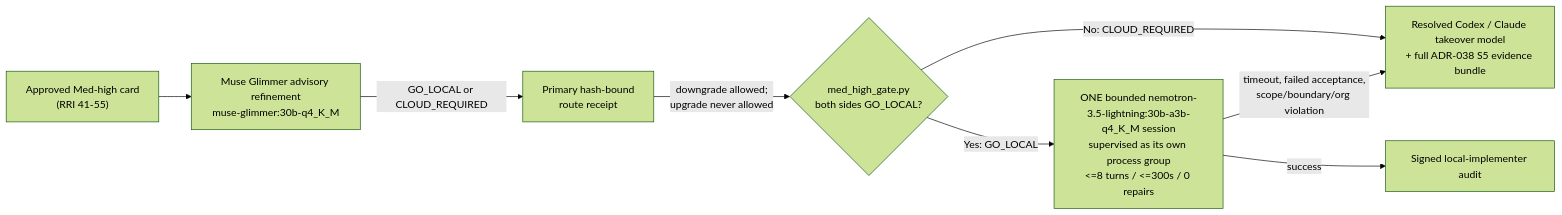
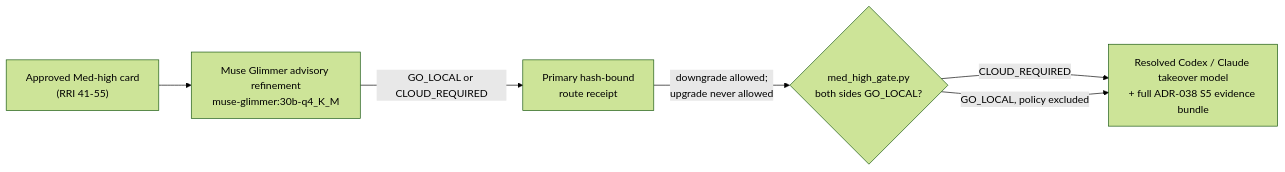
The diagram in AGENTS.override.md (krukmat/dubbridge), drawn with Mermaid (forest theme) before and after one commit. The commit also changed other lines of this file and 29 other files, not shown here.

Commit message:
feat: complete delivery scope and local model routing

````diff
--- a/AGENTS.override.md
+++ b/AGENTS.override.md
@@ -680,10 +721,8 @@
 ```mermaid
 flowchart LR
     Card["Approved Med-high card\n(RRI 41-55)"] --> Glimmer["Muse Glimmer advisory refinement\nmuse-glimmer:30b-q4_K_M"]
     Glimmer -->|GO_LOCAL or CLOUD_REQUIRED| Receipt["Primary hash-bound\nroute receipt"]
     Receipt -->|"downgrade allowed;\nupgrade never allowed"| Gate{"med_high_gate.py\nboth sides GO_LOCAL?"}
-    Gate -->|No: CLOUD_REQUIRED| Cloud["Resolved Codex / Claude takeover model\n+ full ADR-038 S5 evidence bundle"]
-    Gate -->|Yes: GO_LOCAL| Runner["ONE bounded nemotron-3.5-lightning:30b-a3b-q4_K_M session\nsupervised as its own process group\n<=8 turns / <=300s / 0 repairs"]
-    Runner -->|success| Done["Signed local-implementer audit"]
-    Runner -->|timeout, failed acceptance,\nscope/boundary/org violation| Cloud
+    Gate -->|CLOUD_REQUIRED| Cloud["Resolved Codex / Claude takeover model\n+ full ADR-038 S5 evidence bundle"]
+    Gate -->|GO_LOCAL, policy excluded| Cloud
 ```
````
